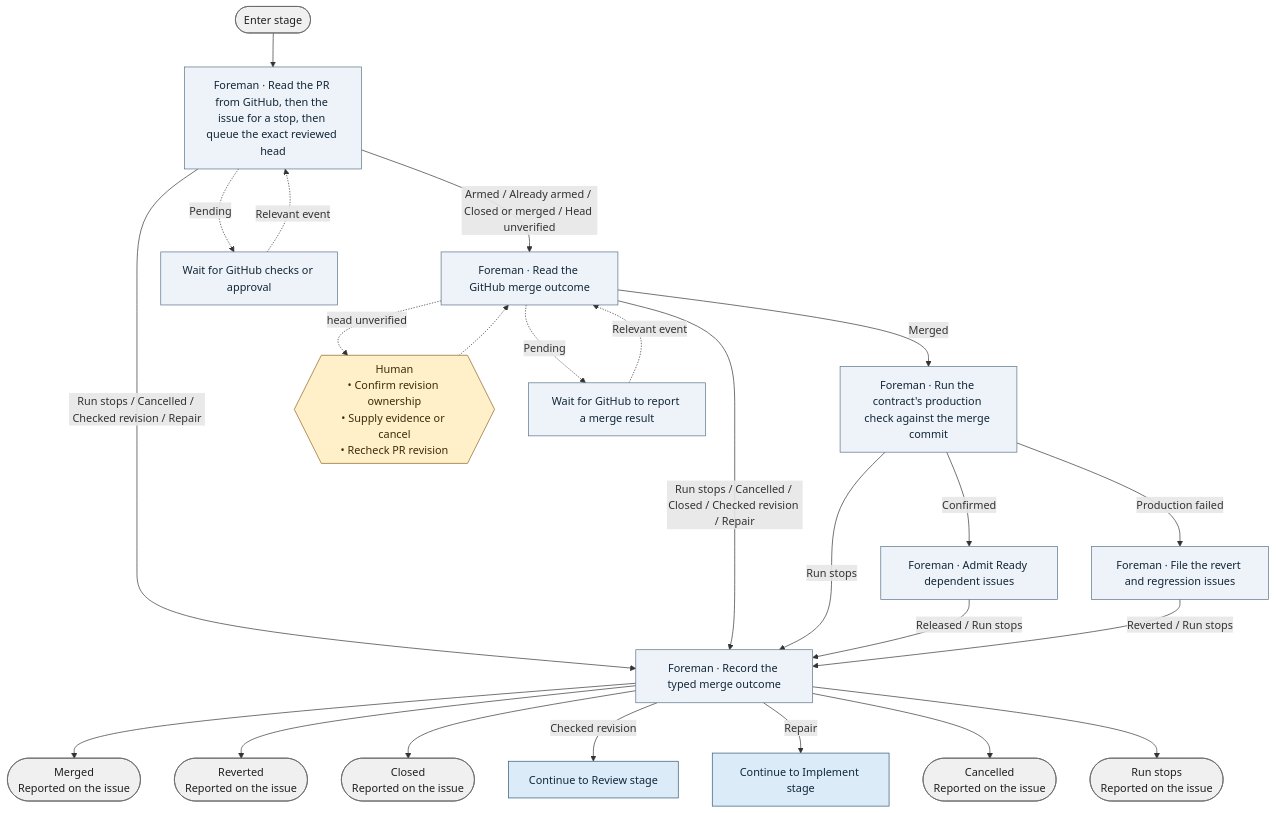
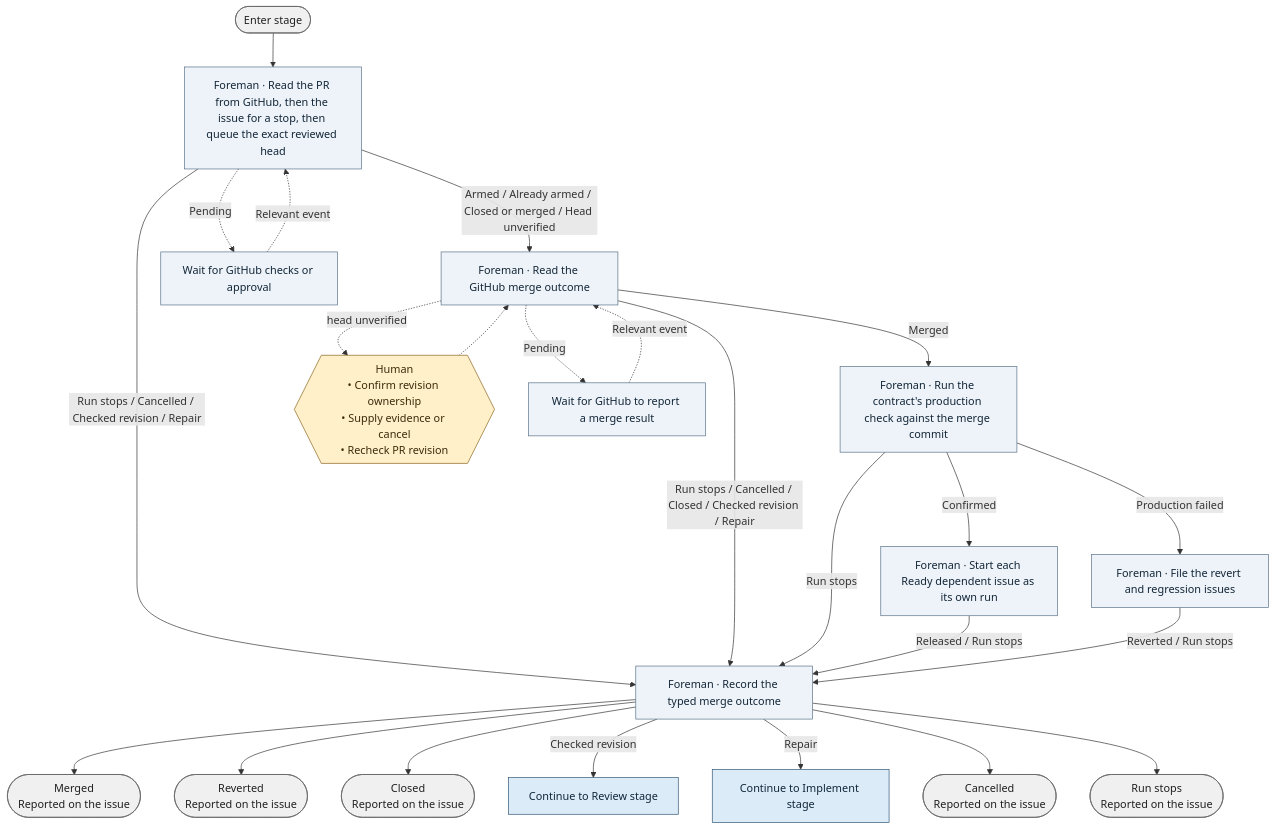
Before and after one commit to bookout-labs/tools: the diagram in docs/graph/blueprint/views/stages/merge.mmd, drawn with Mermaid. The commit also changed 5 other files, not shown here.

First line of the commit message:
Q2: draw #355, one GitHub read per start, made by the runner before the graph

```diff
--- a/docs/graph/blueprint/views/stages/merge.mmd
+++ b/docs/graph/blueprint/views/stages/merge.mmd
@@ -1,46 +1,46 @@
 flowchart TD
     n0(["Enter stage"]):::terminal
     n1["Foreman · Read the PR from GitHub, then the issue for a stop, then queue the exact reviewed head"]:::step
     n2["Foreman · Read the GitHub merge outcome"]:::step
     n3["Foreman · Run the contract's production check against the merge commit"]:::step
-    n4["Foreman · Admit Ready dependent issues"]:::step
+    n4["Foreman · Start each Ready dependent issue as its own run"]:::step
     n5["Foreman · File the revert and regression issues"]:::step
     n6["Foreman · Record the typed merge outcome"]:::step
     n7(["Merged<br/>Reported on the issue"]):::terminal
     n8(["Reverted<br/>Reported on the issue"]):::terminal
     n9(["Closed<br/>Reported on the issue"]):::terminal
     n10["Continue to Review stage"]:::stage
     n11["Continue to Implement stage"]:::stage
     n12(["Cancelled<br/>Reported on the issue"]):::terminal
     n13(["Run stops<br/>Reported on the issue"]):::terminal
     n14{{"Human<br/>• Confirm revision ownership<br/>• Supply evidence or cancel<br/>• Recheck PR revision"}}:::gate
     n15["Wait for GitHub checks or approval"]:::step
     n16["Wait for GitHub to report a merge result"]:::step
     n0 --> n1
     n1 -->|"Run stops / Cancelled / Checked revision / Repair"| n6
     n1 -->|"Armed / Already armed / Closed or merged / Head unverified"| n2
     n2 -->|"Run stops / Cancelled / Closed / Checked revision / Repair"| n6
     n2 -->|"Merged"| n3
     n3 -->|"Confirmed"| n4
     n3 -->|"Production failed"| n5
     n3 -->|"Run stops"| n6
     n4 -->|"Released / Run stops"| n6
     n5 -->|"Reverted / Run stops"| n6
     n6 --> n7
     n6 --> n8
     n6 --> n9
     n6 -->|"Checked revision"| n10
     n6 -->|"Repair"| n11
     n6 --> n12
     n6 --> n13
     n2 -.->|"head unverified"| n14
     n14 -.-> n2
     n1 -.->|"Pending"| n15
     n15 -.->|"Relevant event"| n1
     n2 -.->|"Pending"| n16
     n16 -.->|"Relevant event"| n2
     classDef stage fill:#dcebf8,stroke:#315675,color:#10283b
     classDef step fill:#edf3f8,stroke:#597187,color:#132638
     classDef worker fill:#d7f0e8,stroke:#357369,color:#133c36
     classDef gate fill:#fff0c9,stroke:#89641f,color:#3f2b0b
     classDef terminal fill:#f0f0f0,stroke:#666666,color:#202020
```
